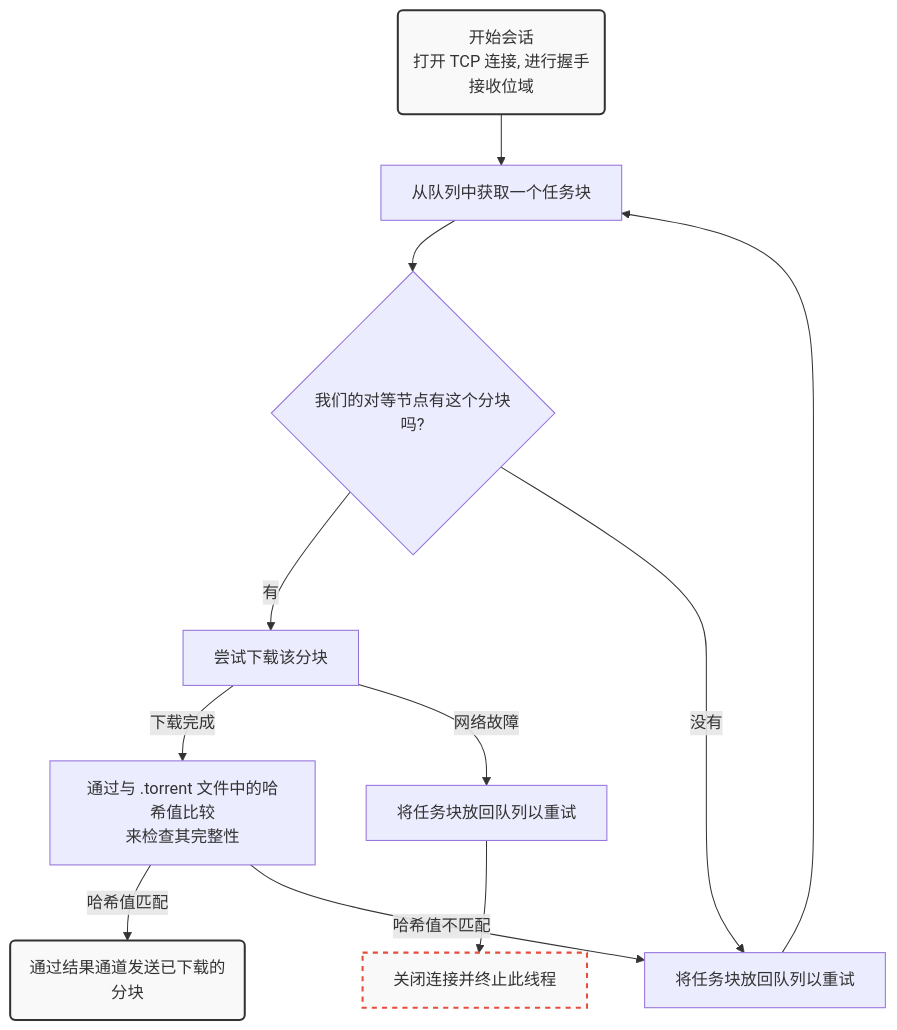
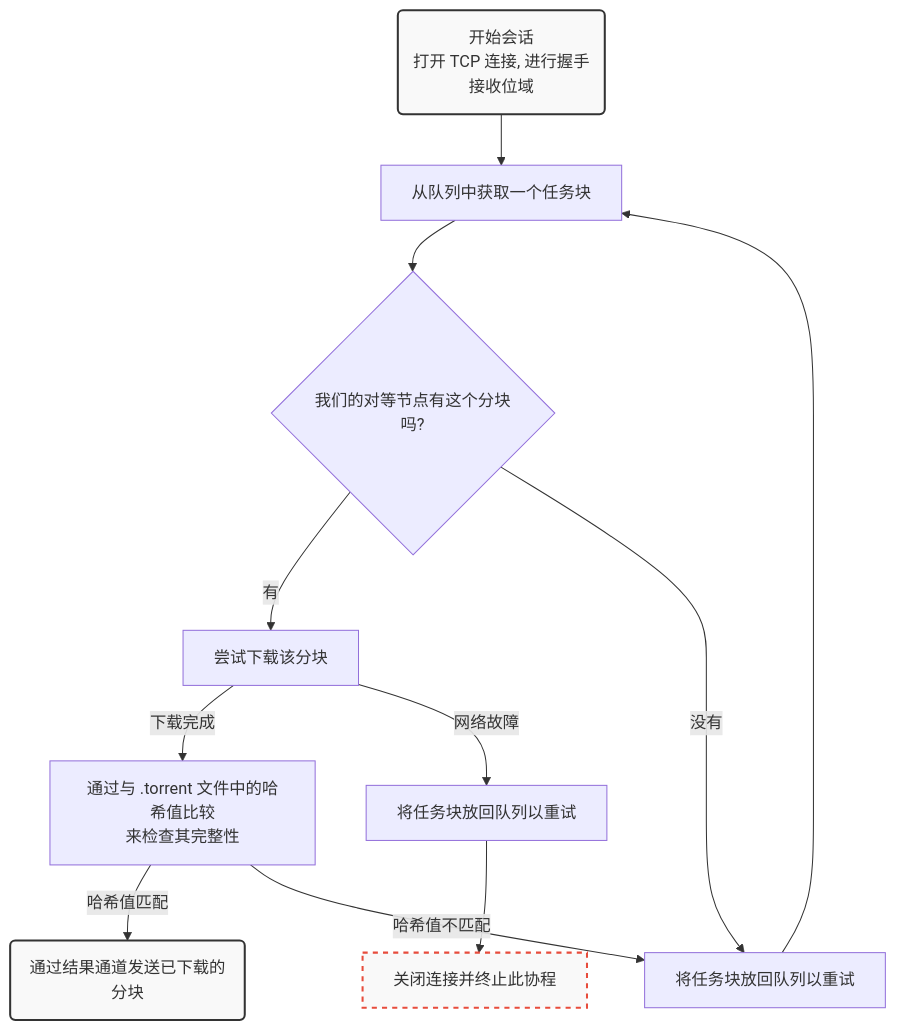
The diagram in src/翻译/在go中从头开始构建BitTorrent客户端.md (ChengCY-2254/blog.github.io), drawn with Mermaid before and after one commit. The commit also changed other lines of this file and 3 other files, not shown here.

````diff
--- a/src/翻译/在go中从头开始构建BitTorrent客户端.md
+++ b/src/翻译/在go中从头开始构建BitTorrent客户端.md
@@ -462,23 +460,22 @@
 ```mermaid
 graph TD
-    A(开始会话 <br> 打开 TCP 连接, 进行握手<br> 接收位域) --> B[从队列中获取一个任务块];
+    A(开始会话 <br> 打开 TCP 连接, 进行握手<br>接收位域) --> B[从队列中获取一个任务块];
     B --> C{我们的对等节点有这个分块吗?};
     C -- 有 --> D[尝试下载该分块];
     C -- 没有 --> F[将任务块放回队列以重试];
     
     D -- 下载完成 --> E[通过与 .torrent 文件中的哈希值比较<br>来检查其完整性];
     D -- 网络故障 --> H[将任务块放回队列以重试];
     
     E -- 哈希值匹配 --> G(通过结果通道发送已下载的分块);
     E -- 哈希值不匹配 --> F;
     
     F --> B;
 
     
-    H --> I[关闭连接并终止此线程];
+    H --> I[关闭连接并终止此协程];
 
-    %% Style definitions for shapes similar to the original image
     style A fill:#f9f9f9,stroke:#333,stroke-width:2px
     style G fill:#f9f9f9,stroke:#333,stroke-width:2px
     style I fill:#f9f9f9,stroke:#e74c3c,stroke-width:2px,stroke-dasharray: 5 5
 ```
````
